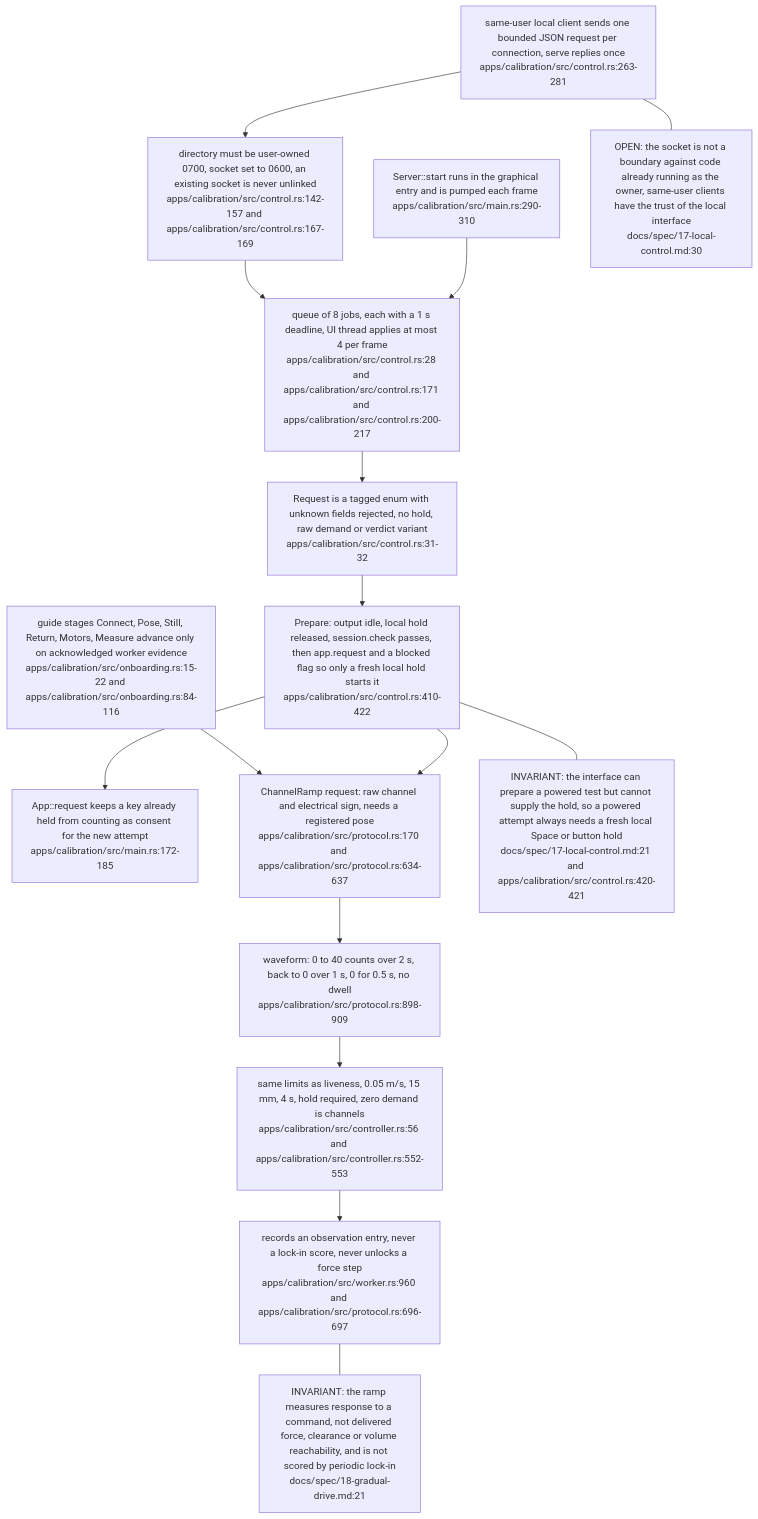
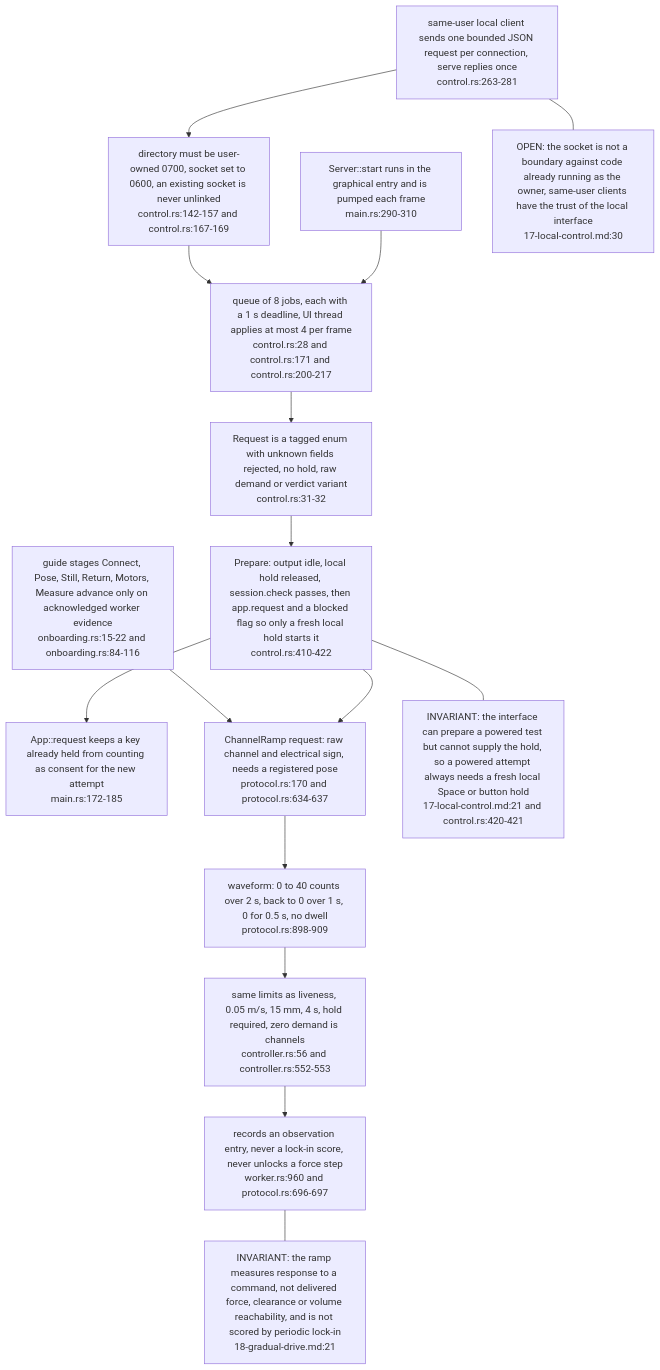
The seventh of 7 diagrams in docs/diagrams/visiontouch-rs/08-calibration-studio-and-verification-ladder.md (DreamLab-AI/VisionFlow), drawn with Mermaid before and after one commit. The commit also changed other lines of this file and 27 other files, not shown here.

Commit message:
docs: audit visiontouch force and evidence boundaries

````diff
--- a/docs/diagrams/visiontouch-rs/08-calibration-studio-and-verification-ladder.md
+++ b/docs/diagrams/visiontouch-rs/08-calibration-studio-and-verification-ladder.md
@@ -350,32 +355,32 @@
 ```mermaid
 flowchart TB
-    CL["same-user local client sends one bounded JSON request per connection, serve replies once<br/>apps/calibration/src/control.rs:263-281"]
-    DIR["directory must be user-owned 0700, socket set to 0600, an existing socket is never unlinked<br/>apps/calibration/src/control.rs:142-157 and apps/calibration/src/control.rs:167-169"]
-    Q["queue of 8 jobs, each with a 1 s deadline, UI thread applies at most 4 per frame<br/>apps/calibration/src/control.rs:28 and apps/calibration/src/control.rs:171 and apps/calibration/src/control.rs:200-217"]
-    REQ["Request is a tagged enum with unknown fields rejected, no hold, raw demand or verdict variant<br/>apps/calibration/src/control.rs:31-32"]
-    PREP["Prepare: output idle, local hold released, session.check passes, then app.request and a blocked flag so only a fresh local hold starts it<br/>apps/calibration/src/control.rs:410-422"]
-    ARM["App::request keeps a key already held from counting as consent for the new attempt<br/>apps/calibration/src/main.rs:172-185"]
-    GUIDE["guide stages Connect, Pose, Still, Return, Motors, Measure advance only on acknowledged worker evidence<br/>apps/calibration/src/onboarding.rs:15-22 and apps/calibration/src/onboarding.rs:84-116"]
-    RAMP["ChannelRamp request: raw channel and electrical sign, needs a registered pose<br/>apps/calibration/src/protocol.rs:170 and apps/calibration/src/protocol.rs:634-637"]
-    WAVE["waveform: 0 to 40 counts over 2 s, back to 0 over 1 s, 0 for 0.5 s, no dwell<br/>apps/calibration/src/protocol.rs:898-909"]
-    LIM["same limits as liveness, 0.05 m/s, 15 mm, 4 s, hold required, zero demand is channels<br/>apps/calibration/src/controller.rs:56 and apps/calibration/src/controller.rs:552-553"]
-    REC["records an observation entry, never a lock-in score, never unlocks a force step<br/>apps/calibration/src/worker.rs:960 and apps/calibration/src/protocol.rs:696-697"]
-    SRV["Server::start runs in the graphical entry and is pumped each frame<br/>apps/calibration/src/main.rs:290-310"]
+    CL["same-user local client sends one bounded JSON request per connection, serve replies once<br/>control.rs:263-281"]
+    DIR["directory must be user-owned 0700, socket set to 0600, an existing socket is never unlinked<br/>control.rs:142-157 and control.rs:167-169"]
+    Q["queue of 8 jobs, each with a 1 s deadline, UI thread applies at most 4 per frame<br/>control.rs:28 and control.rs:171 and control.rs:200-217"]
+    REQ["Request is a tagged enum with unknown fields rejected, no hold, raw demand or verdict variant<br/>control.rs:31-32"]
+    PREP["Prepare: output idle, local hold released, session.check passes, then app.request and a blocked flag so only a fresh local hold starts it<br/>control.rs:410-422"]
+    ARM["App::request keeps a key already held from counting as consent for the new attempt<br/>main.rs:172-185"]
+    GUIDE["guide stages Connect, Pose, Still, Return, Motors, Measure advance only on acknowledged worker evidence<br/>onboarding.rs:15-22 and onboarding.rs:84-116"]
+    RAMP["ChannelRamp request: raw channel and electrical sign, needs a registered pose<br/>protocol.rs:170 and protocol.rs:634-637"]
+    WAVE["waveform: 0 to 40 counts over 2 s, back to 0 over 1 s, 0 for 0.5 s, no dwell<br/>protocol.rs:898-909"]
+    LIM["same limits as liveness, 0.05 m/s, 15 mm, 4 s, hold required, zero demand is channels<br/>controller.rs:56 and controller.rs:552-553"]
+    REC["records an observation entry, never a lock-in score, never unlocks a force step<br/>worker.rs:960 and protocol.rs:696-697"]
+    SRV["Server::start runs in the graphical entry and is pumped each frame<br/>main.rs:290-310"]
     CL --> DIR
     DIR --> Q
     Q --> REQ
     REQ --> PREP
     PREP --> ARM
     SRV --> Q
     GUIDE --> RAMP
     PREP --> RAMP
     RAMP --> WAVE
     WAVE --> LIM
     LIM --> REC
-    N1["INVARIANT: the interface can prepare a powered test but cannot supply the hold, so a powered attempt always needs a fresh local Space or button hold<br/>docs/spec/17-local-control.md:21 and apps/calibration/src/control.rs:420-421"]
-    N2["OPEN: the socket is not a boundary against code already running as the owner, same-user clients have the trust of the local interface<br/>docs/spec/17-local-control.md:30"]
-    N3["INVARIANT: the ramp measures response to a command, not delivered force, clearance or volume reachability, and is not scored by periodic lock-in<br/>docs/spec/18-gradual-drive.md:21"]
+    N1["INVARIANT: the interface can prepare a powered test but cannot supply the hold, so a powered attempt always needs a fresh local Space or button hold<br/>17-local-control.md:21 and control.rs:420-421"]
+    N2["OPEN: the socket is not a boundary against code already running as the owner, same-user clients have the trust of the local interface<br/>17-local-control.md:30"]
+    N3["INVARIANT: the ramp measures response to a command, not delivered force, clearance or volume reachability, and is not scored by periodic lock-in<br/>18-gradual-drive.md:21"]
     PREP --- N1
     CL --- N2
     REC --- N3
 ```
````
